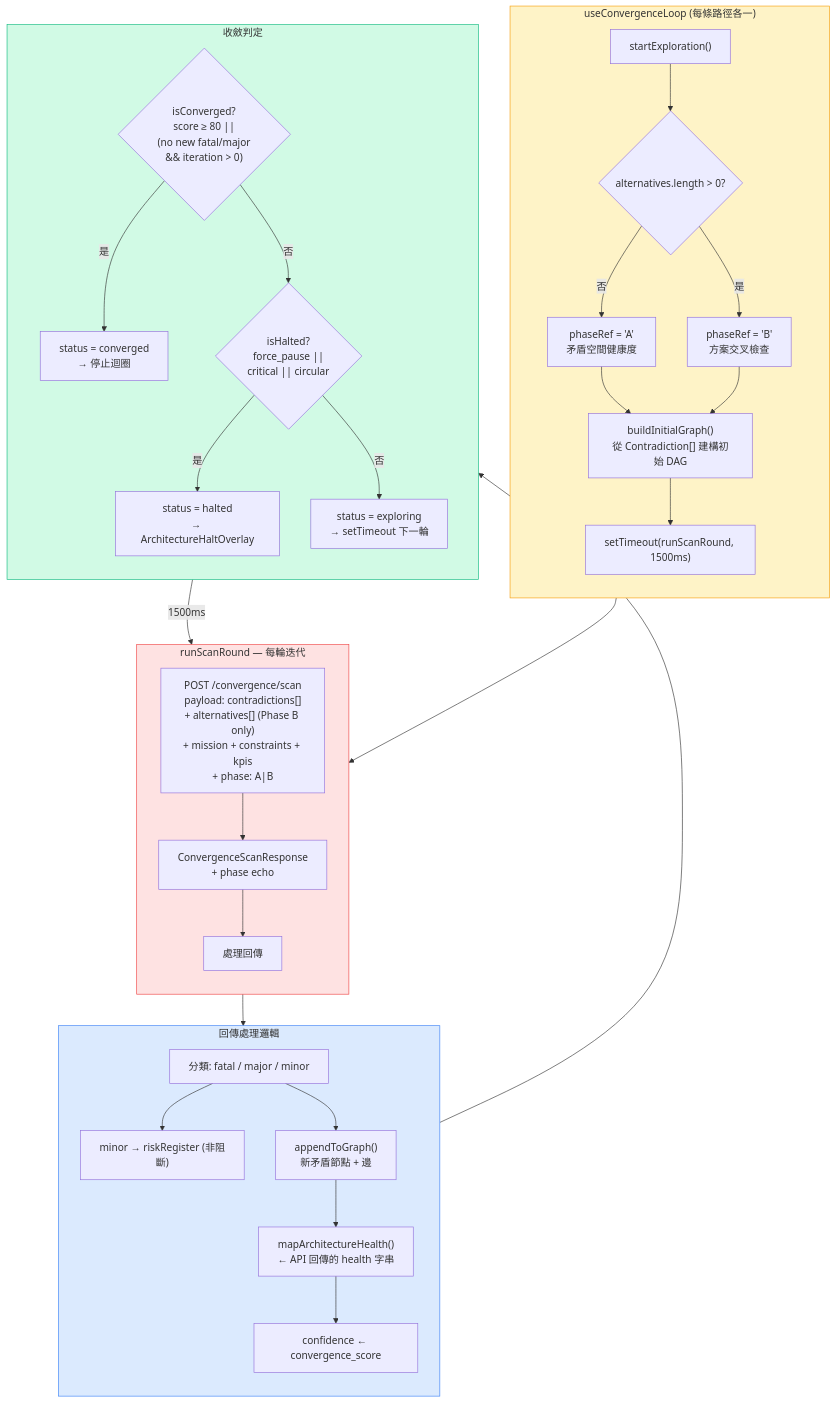
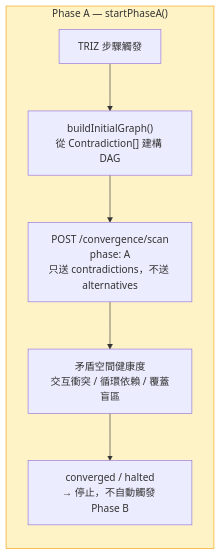
Before and after one commit to JIA-HONG-CHU/design-copilot-blueprint: the third of 6 diagrams in docs/diagrams/triz-to-scamper-flow.md, drawn with Mermaid. The commit also changed other lines of this file, not shown here.

First line of the commit message:
docs: v7 flow — production/selection separation, Phase A/B split

````diff
--- a/docs/diagrams/triz-to-scamper-flow.md
+++ b/docs/diagrams/triz-to-scamper-flow.md
@@ -120,58 +147,14 @@
 ```mermaid
 flowchart TB
-    subgraph DRIVER["useConvergenceLoop (每條路徑各一)"]
+    subgraph PHASE_A["Phase A — startPhaseA()"]
         direction TB
-        START["startExploration()"]
-        DETECT{"alternatives.length > 0?"}
-        PHASE_A["phaseRef = 'A'<br/>矛盾空間健康度"]
-        PHASE_B["phaseRef = 'B'<br/>方案交叉檢查"]
-        BUILD["buildInitialGraph()<br/>從 Contradiction[] 建構初始 DAG"]
-        SCHEDULE["setTimeout(runScanRound, 1500ms)"]
-        START --> DETECT
-        DETECT -->|"否"| PHASE_A --> BUILD
-        DETECT -->|"是"| PHASE_B --> BUILD
-        BUILD --> SCHEDULE
+        A_START["TRIZ 步驟觸發"]
+        A_BUILD["buildInitialGraph()<br/>從 Contradiction[] 建構 DAG"]
+        A_SCAN["POST /convergence/scan<br/>phase: A<br/>只送 contradictions，不送 alternatives"]
+        A_RESULT["矛盾空間健康度<br/>交互衝突 / 循環依賴 / 覆蓋盲區"]
+        A_DONE["converged / halted<br/>→ 停止，不自動觸發 Phase B"]
+        A_START --> A_BUILD --> A_SCAN --> A_RESULT --> A_DONE
     end
 
-    subgraph API_CALL["runScanRound — 每輪迭代"]
-        direction TB
-        REQ["POST /convergence/scan<br/>payload: contradictions[]<br/>+ alternatives[] (Phase B only)<br/>+ mission + constraints + kpis<br/>+ phase: A|B"]
-        RES["ConvergenceScanResponse<br/>+ phase echo"]
-        PROCESS["處理回傳"]
-        REQ --> RES --> PROCESS
-    end
-
-    subgraph PROCESS_DETAIL["回傳處理邏輯"]
-        direction TB
-        P1["分類: fatal / major / minor"]
-        P2["minor → riskRegister (非阻斷)"]
-        P3["appendToGraph()<br/>新矛盾節點 + 邊"]
-        P4["mapArchitectureHealth()<br/>← API 回傳的 health 字串"]
-        P5["confidence ← convergence_score"]
-        P1 --> P2
-        P1 --> P3
-        P3 --> P4 --> P5
-    end
-
-    subgraph DECIDE["收斂判定"]
-        direction TB
-        D1{"isConverged?<br/>score ≥ 80 ||<br/>(no new fatal/major<br/>&& iteration > 0)"}
-        D2{"isHalted?<br/>force_pause ||<br/>critical || circular"}
-        D3["status = converged<br/>→ 停止迴圈"]
-        D4["status = halted<br/>→ ArchitectureHaltOverlay"]
-        D5["status = exploring<br/>→ setTimeout 下一輪"]
-        D1 -->|"是"| D3
-        D1 -->|"否"| D2
-        D2 -->|"是"| D4
-        D2 -->|"否"| D5
-        D5 -->|"1500ms"| REQ
-    end
-
-    SCHEDULE --> REQ
-    PROCESS --> PROCESS_DETAIL --> DECIDE
-
-    style DRIVER fill:#FEF3C7,stroke:#F59E0B
-    style API_CALL fill:#FEE2E2,stroke:#EF4444
-    style PROCESS_DETAIL fill:#DBEAFE,stroke:#3B82F6
-    style DECIDE fill:#D1FAE5,stroke:#10B981
+    style PHASE_A fill:#FEF3C7,stroke:#F59E0B
 ```
````
